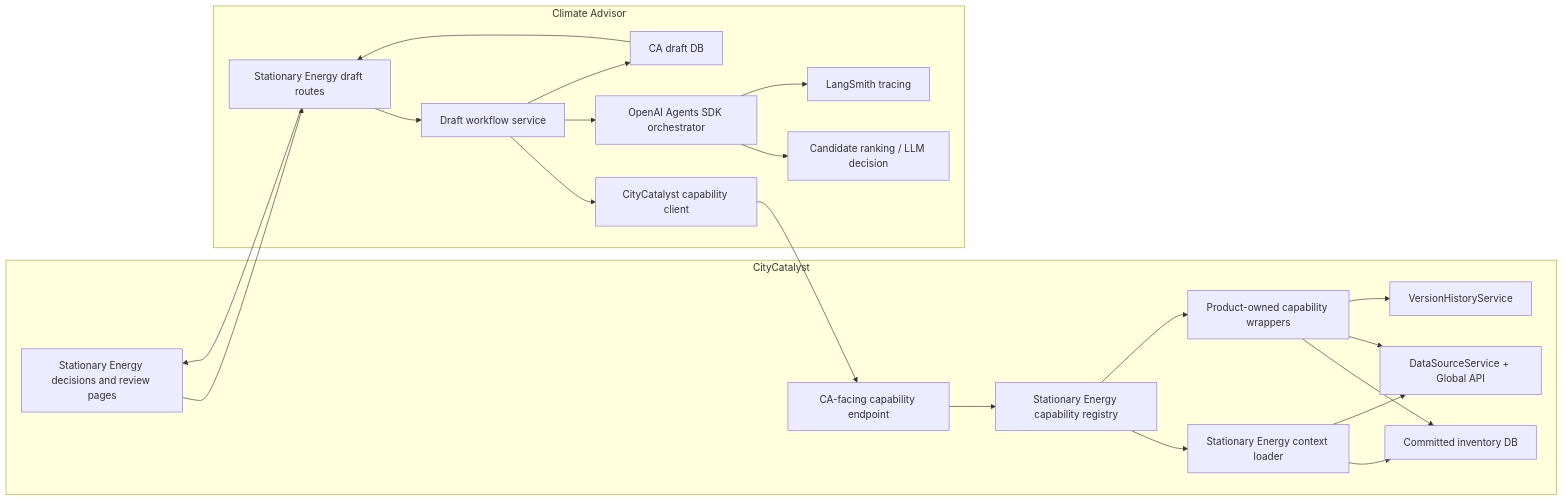
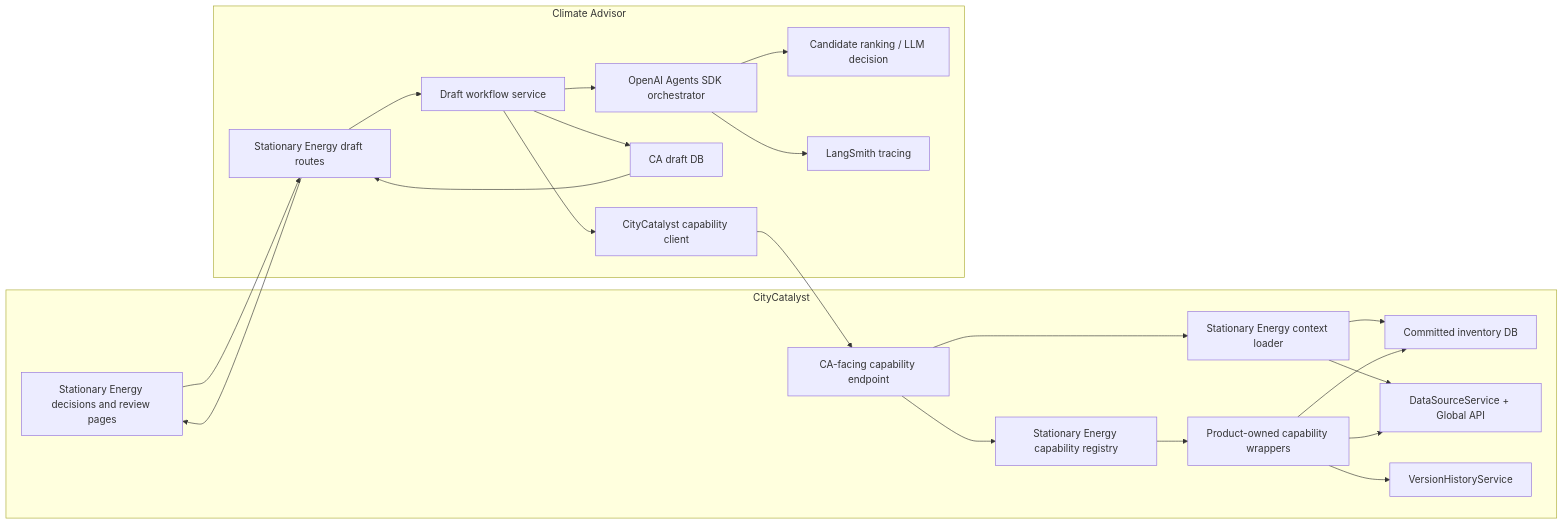
Before and after one commit to Open-Earth-Foundation/CityCatalyst: the first of 6 diagrams in docs/plan.md, drawn with Mermaid. The commit also changed other lines of this file and 1 other file, not shown here.

````diff
--- a/docs/plan.md
+++ b/docs/plan.md
@@ -201,42 +224,42 @@
 ```mermaid
 flowchart LR
   subgraph CC["CityCatalyst"]
     UI["Stationary Energy decisions and review pages"]
     CCAPI["CA-facing capability endpoint"]
     Registry["Stationary Energy capability registry"]
     Loader["Stationary Energy context loader"]
     Wrappers["Product-owned capability wrappers"]
     CCDB["Committed inventory DB"]
     Sources["DataSourceService + Global API"]
     History["VersionHistoryService"]
   end
 
   subgraph CA["Climate Advisor"]
     CARoute["Stationary Energy draft routes"]
     Workflow["Draft workflow service"]
     CAClient["CityCatalyst capability client"]
     CADB["CA draft DB"]
     AgentsSDK["OpenAI Agents SDK orchestrator"]
     Ranker["Candidate ranking / LLM decision"]
     Trace["LangSmith tracing"]
   end
 
   UI --> CARoute
   CARoute --> Workflow
   Workflow --> CAClient
   CAClient --> CCAPI
   CCAPI --> Registry
-  Registry --> Loader
+  CCAPI --> Loader
   Registry --> Wrappers
   Loader --> CCDB
   Loader --> Sources
   Wrappers --> CCDB
   Wrappers --> Sources
   Wrappers --> History
   Workflow --> AgentsSDK
   AgentsSDK --> Ranker
   AgentsSDK --> Trace
   Workflow --> CADB
   CADB --> CARoute
   CARoute --> UI
 ```
````
